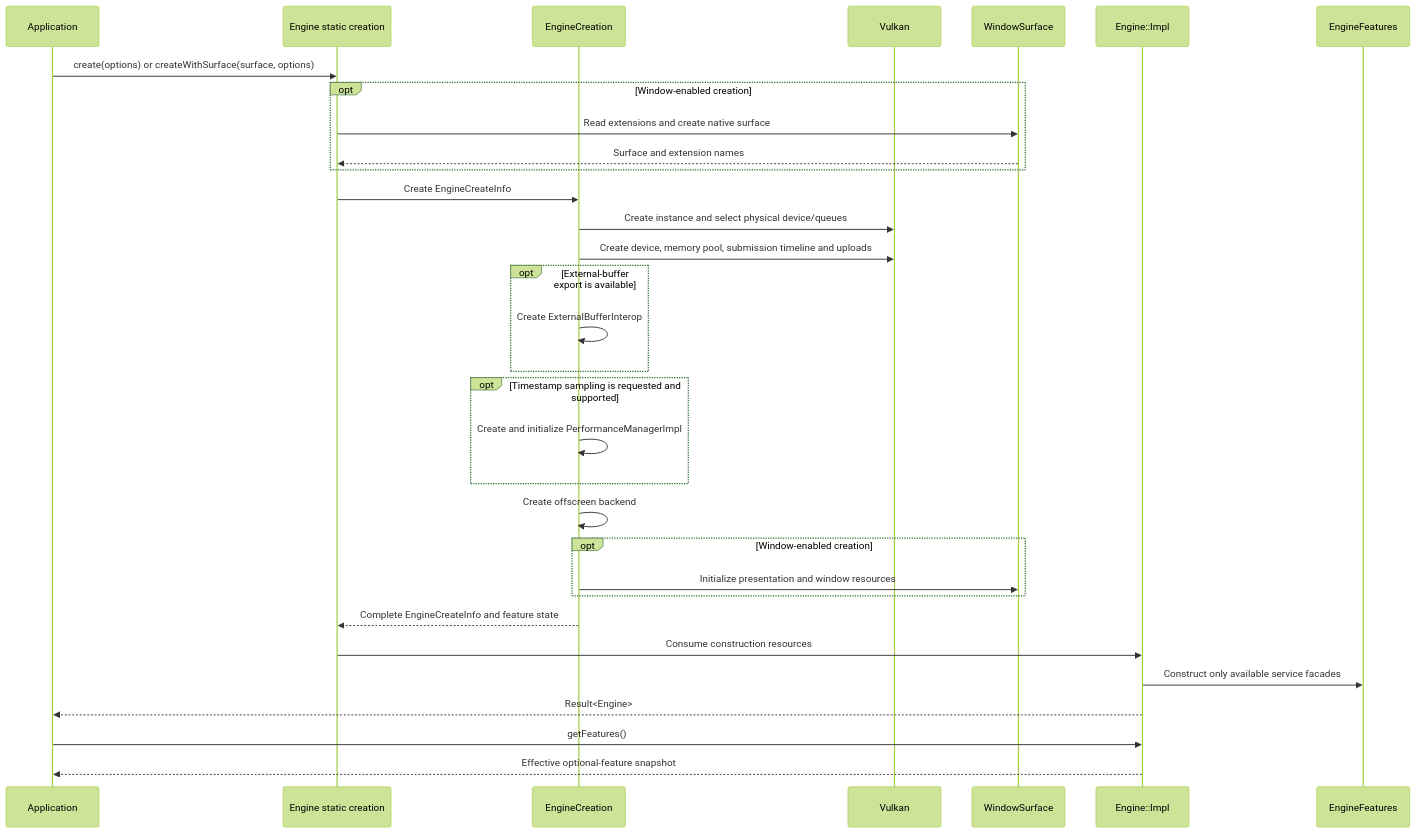
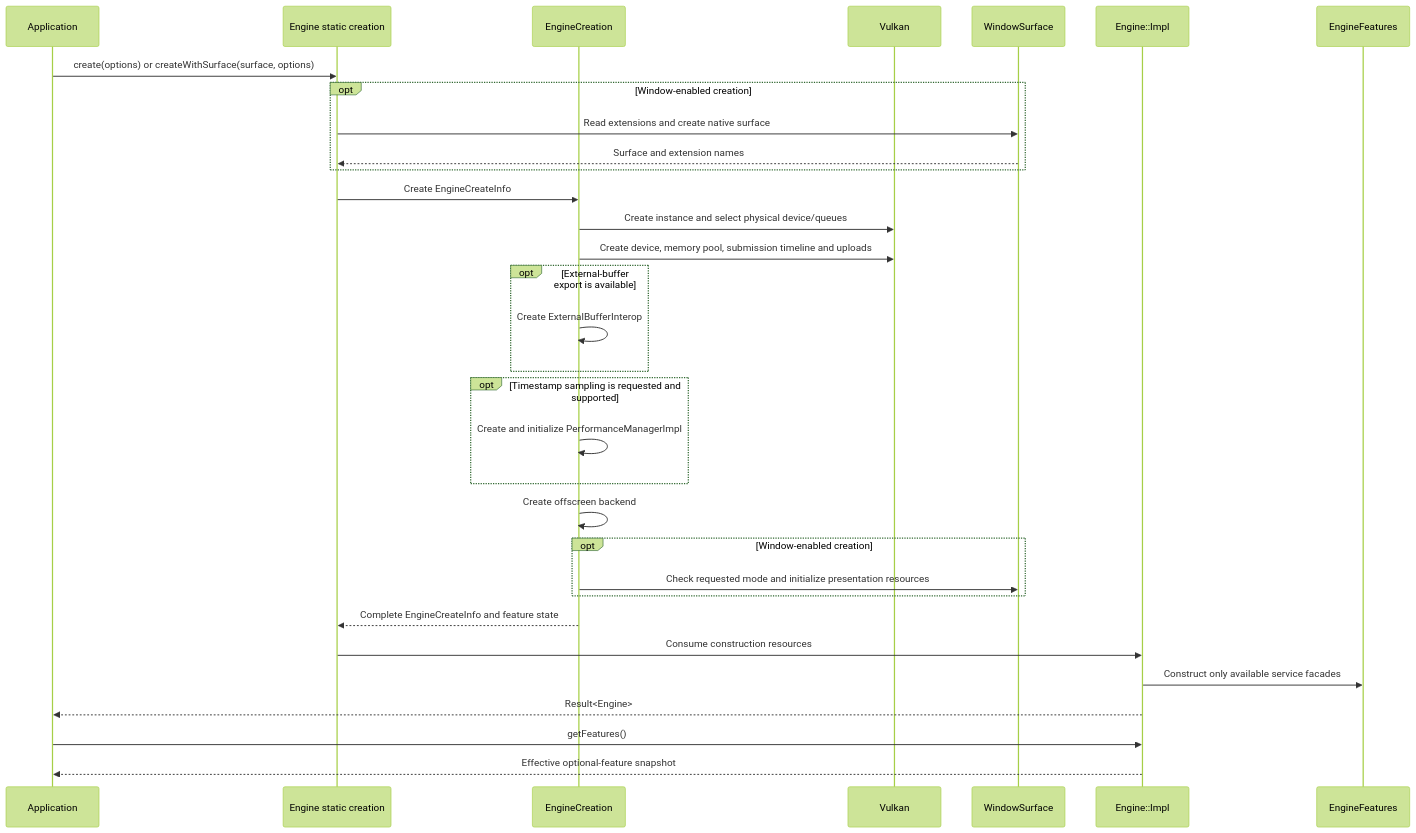
One commit to a-soltysik/Panda changed the diagram in docs/use-cases/create-context.md. Above: the diagram before and after it, drawn with Mermaid (forest theme). The commit also changed other lines of this file and 60 other files, not shown here.

````diff
--- a/docs/use-cases/create-context.md
+++ b/docs/use-cases/create-context.md
@@ -62,34 +67,34 @@
 ```mermaid
 sequenceDiagram
     participant A as Application
     participant E as Engine static creation
     participant C as EngineCreation
     participant V as Vulkan
     participant W as WindowSurface
     participant I as Engine::Impl
     participant F as EngineFeatures
-    A->>E: create(options) or createWithSurface(surface, options)
+    A ->> E: create(options) or createWithSurface(surface, options)
     opt Window-enabled creation
-        E->>W: Read extensions and create native surface
-        W-->>E: Surface and extension names
+        E ->> W: Read extensions and create native surface
+        W -->> E: Surface and extension names
     end
-    E->>C: Create EngineCreateInfo
-    C->>V: Create instance and select physical device/queues
-    C->>V: Create device, memory pool, submission timeline and uploads
+    E ->> C: Create EngineCreateInfo
+    C ->> V: Create instance and select physical device/queues
+    C ->> V: Create device, memory pool, submission timeline and uploads
     opt External-buffer export is available
-        C->>C: Create ExternalBufferInterop
+        C ->> C: Create ExternalBufferInterop
     end
     opt Timestamp sampling is requested and supported
-        C->>C: Create and initialize PerformanceManagerImpl
+        C ->> C: Create and initialize PerformanceManagerImpl
     end
-    C->>C: Create offscreen backend
+    C ->> C: Create offscreen backend
     opt Window-enabled creation
-        C->>W: Initialize presentation and window resources
+        C ->> W: Check requested mode and initialize presentation resources
     end
-    C-->>E: Complete EngineCreateInfo and feature state
-    E->>I: Consume construction resources
-    I->>F: Construct only available service facades
-    I-->>A: Result<Engine>
-    A->>I: getFeatures()
-    I-->>A: Effective optional-feature snapshot
+    C -->> E: Complete EngineCreateInfo and feature state
+    E ->> I: Consume construction resources
+    I ->> F: Construct only available service facades
+    I -->> A: Result<Engine>
+    A ->> I: getFeatures()
+    I -->> A: Effective optional-feature snapshot
 ```
````
